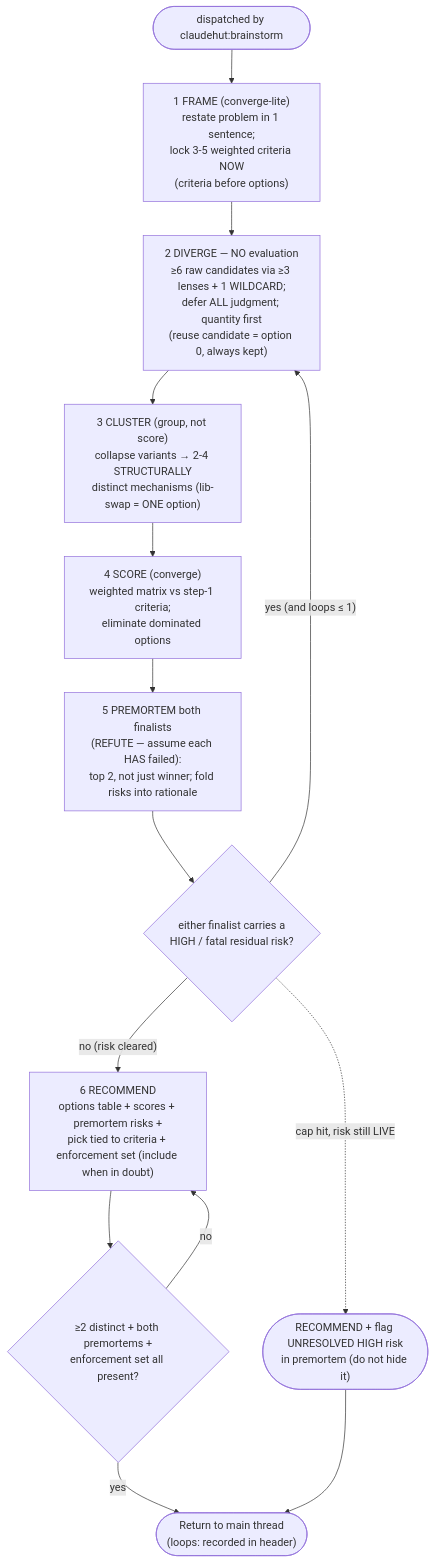
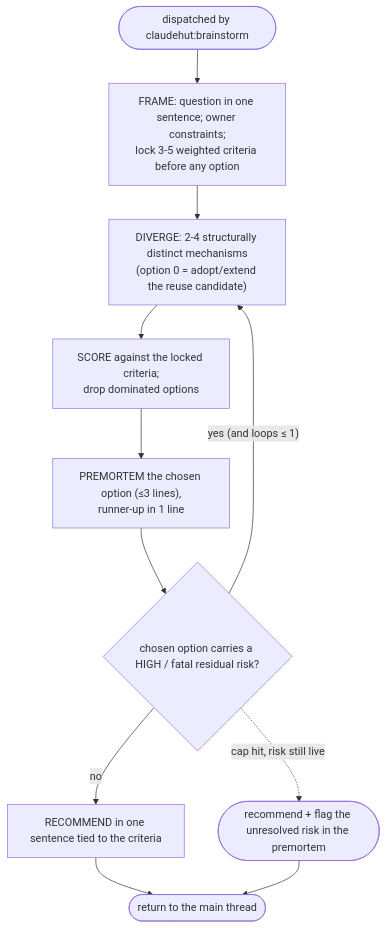
The diagram in agents/claudehut-brainstormer.md (taipt1504/claudehut), drawn with Mermaid before and after one commit. The commit also changed other lines of this file and 48 other files, not shown here.

````diff
--- a/agents/claudehut-brainstormer.md
+++ b/agents/claudehut-brainstormer.md
@@ -22,16 +17,13 @@
 ```mermaid
 flowchart TB
-    a(["dispatched by claudehut:brainstorm"]) --> frame["1 FRAME (converge-lite)<br/>restate problem in 1 sentence;<br/>lock 3-5 weighted criteria NOW<br/>(criteria before options)"]
-    frame --> div["2 DIVERGE — NO evaluation<br/>≥6 raw candidates via ≥3 lenses + 1 WILDCARD;<br/>defer ALL judgment; quantity first<br/>(reuse candidate = option 0, always kept)"]
-    div --> clus["3 CLUSTER (group, not score)<br/>collapse variants → 2-4 STRUCTURALLY<br/>distinct mechanisms (lib-swap = ONE option)"]
-    clus --> score["4 SCORE (converge)<br/>weighted matrix vs step-1 criteria;<br/>eliminate dominated options"]
-    score --> pre["5 PREMORTEM both finalists<br/>(REFUTE — assume each HAS failed):<br/>top 2, not just winner; fold risks into rationale"]
-    pre --> conv{"either finalist carries a<br/>HIGH / fatal residual risk?"}
+    a(["dispatched by claudehut:brainstorm"]) --> frame["FRAME: question in one sentence; owner constraints;<br/>lock 3-5 weighted criteria before any option"]
+    frame --> div["DIVERGE: 2-4 structurally distinct mechanisms<br/>(option 0 = adopt/extend the reuse candidate)"]
+    div --> score["SCORE against the locked criteria;<br/>drop dominated options"]
+    score --> pre["PREMORTEM the chosen option (≤3 lines),<br/>runner-up in 1 line"]
+    pre --> conv{"chosen option carries a HIGH / fatal residual risk?"}
     conv -- "yes (and loops ≤ 1)" --> div
-    conv -- "no (risk cleared)" --> rec["6 RECOMMEND<br/>options table + scores + premortem risks +<br/>pick tied to criteria + enforcement set (include when in doubt)"]
-    conv -. "cap hit, risk still LIVE" .-> esc(["RECOMMEND + flag UNRESOLVED HIGH risk<br/>in premortem (do not hide it)"])
-    rec --> ret{"≥2 distinct + both premortems +<br/>enforcement set all present?"}
-    ret -- "no" --> rec
-    ret -- "yes" --> out(["Return to main thread<br/>(loops: recorded in header)"])
+    conv -- "no" --> rec["RECOMMEND in one sentence tied to the criteria"]
+    conv -. "cap hit, risk still live" .-> esc(["recommend + flag the unresolved risk in the premortem"])
+    rec --> out(["return to the main thread"])
     esc --> out
 ```
````
